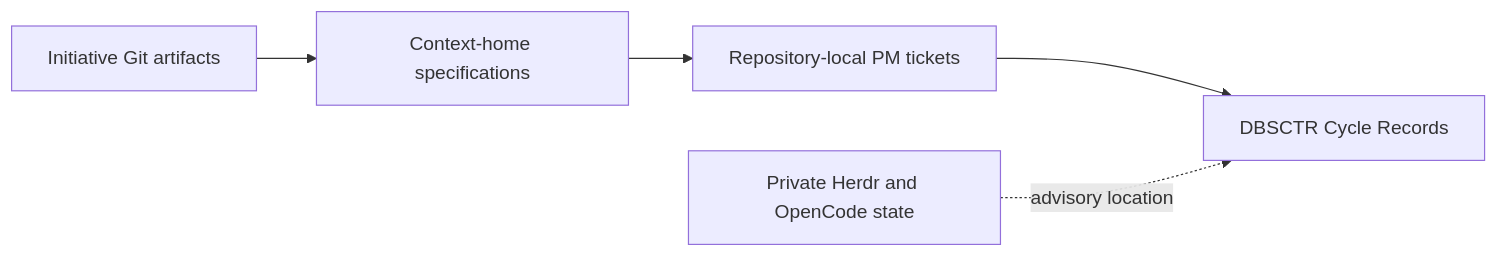
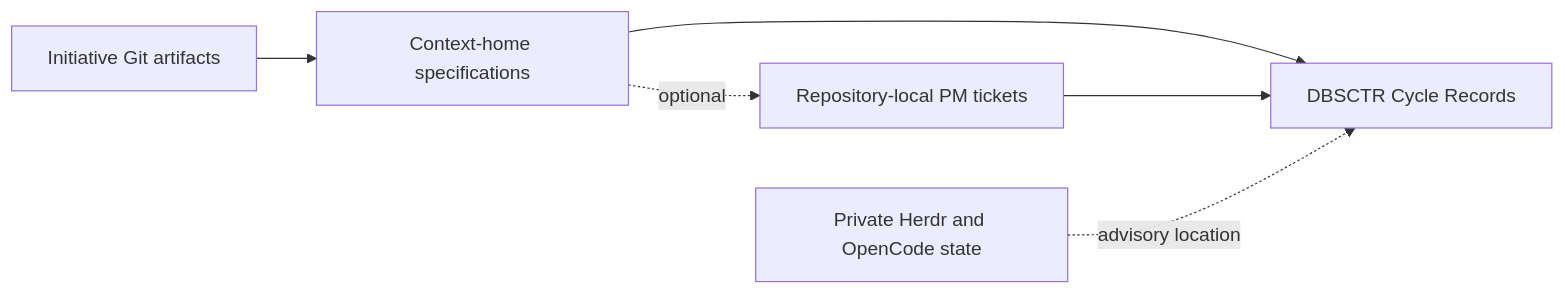
Before and after one commit to Saltiola7/dotfiles-ai: the first of 3 diagrams in docs/specs/dbsctr_v3_lifecycle/features/initiative-discovery.md, drawn with Mermaid. The commit also changed other lines of this file and 4 other files, not shown here.

````diff
--- a/docs/specs/dbsctr_v3_lifecycle/features/initiative-discovery.md
+++ b/docs/specs/dbsctr_v3_lifecycle/features/initiative-discovery.md
@@ -179,9 +188,10 @@
 ```mermaid
 flowchart LR
     accTitle: Initiative Discovery authority boundaries
-    accDescr: Git Initiative artifacts own captured intent and cross-context coverage, context-home specifications own domain truth, PM tickets own executable work, DBSCTR Cycle Records own implementation evidence, and private Herdr state only locates sessions.
+    accDescr: Git Initiative artifacts own captured intent and cross-context coverage, context-home specifications own domain truth, optional PM tickets may refine executable work, DBSCTR Cycle Records own implementation evidence, and private Herdr state only locates sessions.
     I[Initiative Git artifacts] --> C[Context-home specifications]
-    C --> T[Repository-local PM tickets]
-    T --> D[DBSCTR Cycle Records]
+    C -. optional .-> T[Repository-local PM tickets]
+    C --> D[DBSCTR Cycle Records]
+    T --> D
     H[Private Herdr and OpenCode state] -. advisory location .-> D
 ```
````
